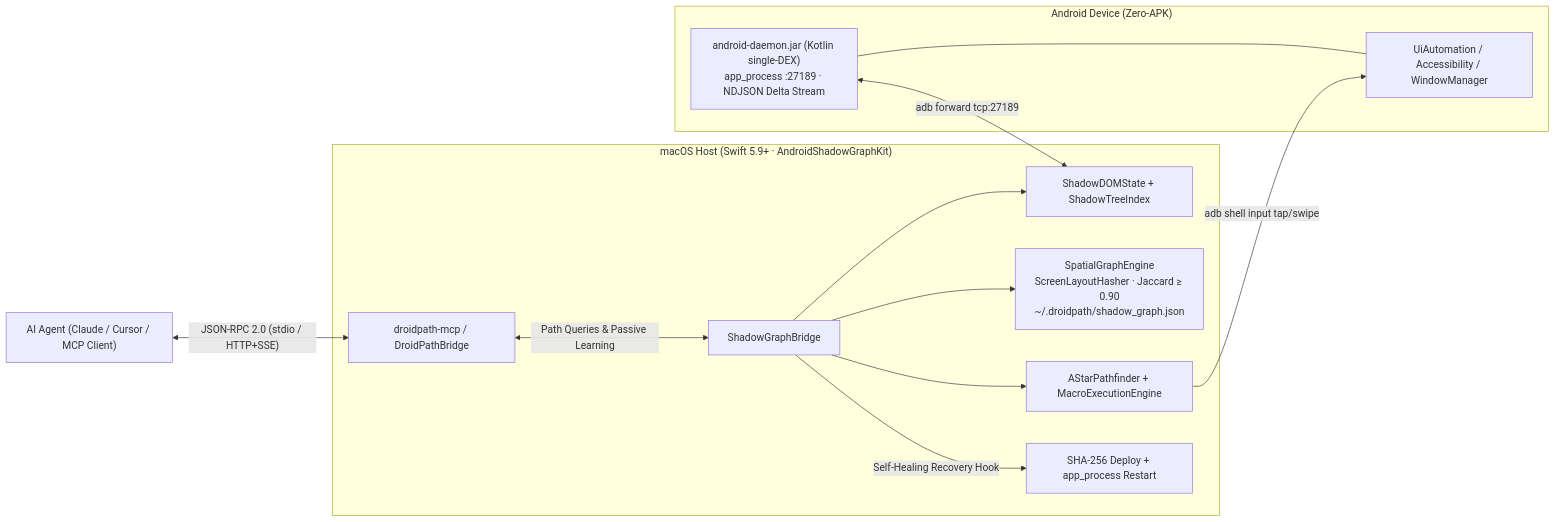
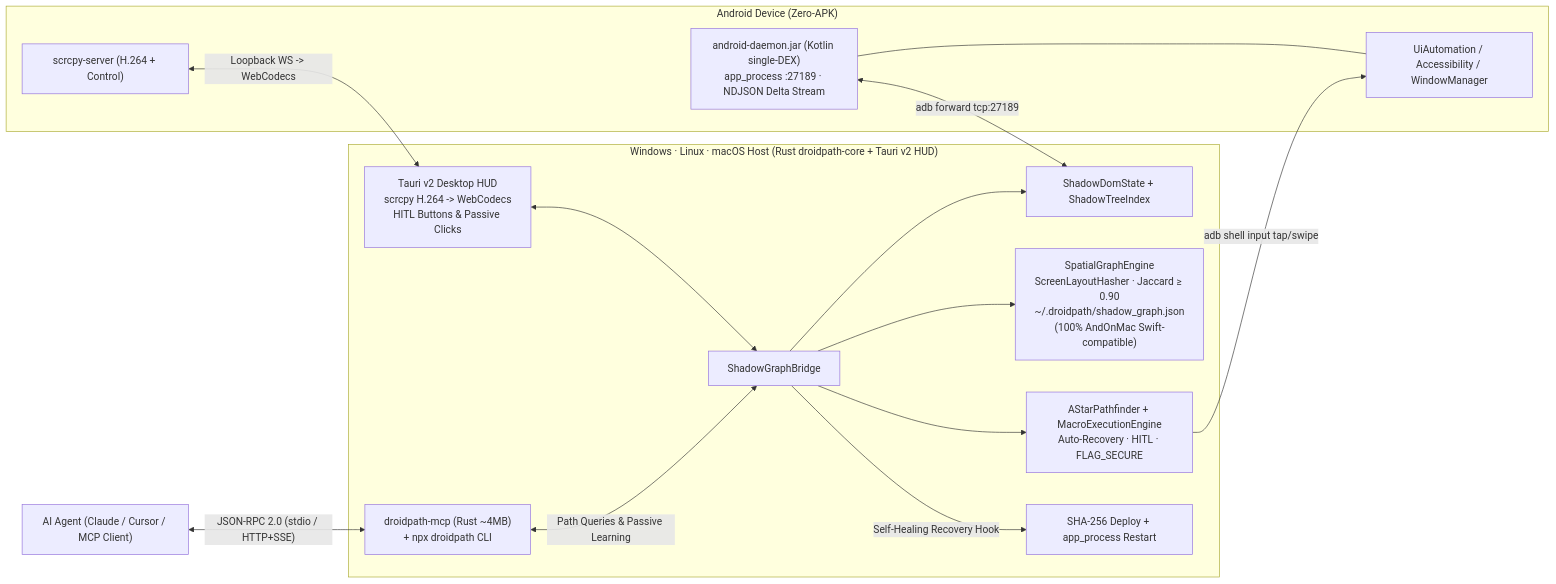
One commit to V0val0x/DroidPath changed the diagram in README.md. Above: the diagram before and after it, drawn with Mermaid. The commit also changed other lines of this file and 121 other files, not shown here.

Commit message:
feat: v2.0.0 cross-platform Rust core, Tauri v2 Desktop HUD & 1-click Zero-Friction CLI

````diff
--- a/README.md
+++ b/README.md
@@ -20,21 +55,24 @@
 ```mermaid
 flowchart LR
-    Agent["AI Agent (Claude / Cursor / MCP Client)"] <-->|"JSON-RPC 2.0 (stdio / HTTP+SSE)"| CLI["droidpath-mcp / DroidPathBridge"]
+    Agent["AI Agent (Claude / Cursor / MCP Client)"] <-->|"JSON-RPC 2.0 (stdio / HTTP+SSE)"| CLI["droidpath-mcp (Rust ~4MB)\n+ npx droidpath CLI"]
 
-    subgraph Host["macOS Host (Swift 5.9+ · AndroidShadowGraphKit)"]
+    subgraph Host["Windows · Linux · macOS Host (Rust droidpath-core + Tauri v2 HUD)"]
         CLI <-->|"Path Queries & Passive Learning"| Bridge["ShadowGraphBridge"]
-        Bridge --> DOM["ShadowDOMState + ShadowTreeIndex"]
-        Bridge --> Graph["SpatialGraphEngine\nScreenLayoutHasher · Jaccard ≥ 0.90\n~/.droidpath/shadow_graph.json"]
-        Bridge --> AStar["AStarPathfinder + MacroExecutionEngine"]
+        HUD["Tauri v2 Desktop HUD\nscrcpy H.264 -> WebCodecs\nHITL Buttons & Passive Clicks"] <--> Bridge
+        Bridge --> DOM["ShadowDomState + ShadowTreeIndex"]
+        Bridge --> Graph["SpatialGraphEngine\nScreenLayoutHasher · Jaccard ≥ 0.90\n~/.droidpath/shadow_graph.json\n(100% AndOnMac Swift-compatible)"]
+        Bridge --> AStar["AStarPathfinder + MacroExecutionEngine\nAuto-Recovery · HITL · FLAG_SECURE"]
         Bridge -->|"Self-Healing Recovery Hook"| Recovery["SHA-256 Deploy + app_process Restart"]
     end
 
     subgraph Android["Android Device (Zero-APK)"]
         Daemon["android-daemon.jar (Kotlin single-DEX)\napp_process :27189 · NDJSON Delta Stream"]
+        Scrcpy["scrcpy-server (H.264 + Control)"]
         Sys["UiAutomation / Accessibility / WindowManager"]
     end
 
     Daemon <-->|"adb forward tcp:27189"| DOM
+    Scrcpy <-->|"Loopback WS -> WebCodecs"| HUD
     AStar -->|"adb shell input tap/swipe"| Sys
     Daemon --- Sys
 ```
````
